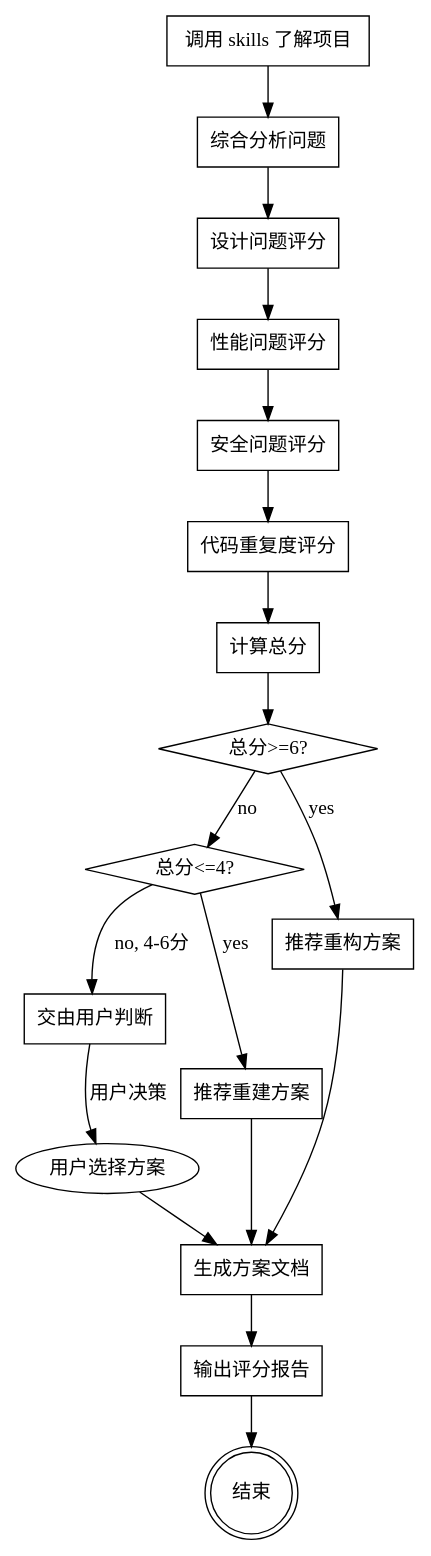
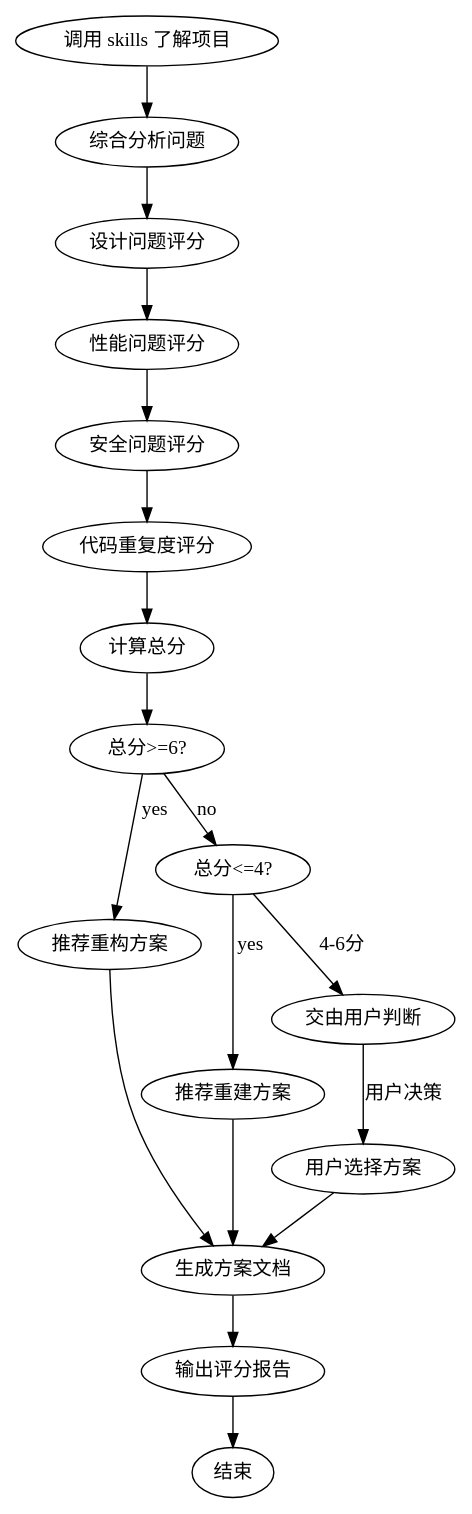
One commit to hellyguo/self-ai-spec changed the diagram in skills/code-detect-problem/SKILL.md. Above: the diagram before and after it, drawn with Graphviz. The commit also changed other lines of this file and 84 other files, not shown here.

````diff
--- a/skills/code-detect-problem/SKILL.md
+++ b/skills/code-detect-problem/SKILL.md
@@ -18,37 +14,21 @@
 ```dot
 digraph detect_problem {
-    "调用 skills 了解项目" [shape=box];
-    "综合分析问题" [shape=box];
-    "设计问题评分" [shape=box];
-    "性能问题评分" [shape=box];
-    "安全问题评分" [shape=box];
-    "代码重复度评分" [shape=box];
-    "计算总分" [shape=box];
-    "总分>=6?" [shape=diamond];
-    "总分<=4?" [shape=diamond];
-    "推荐重构方案" [shape=box];
-    "交由用户判断" [shape=box];
-    "推荐重建方案" [shape=box];
-    "生成方案文档" [shape=box];
-    "输出评分报告" [shape=box];
-    "结束" [shape=doublecircle];
-
     "调用 skills 了解项目" -> "综合分析问题";
     "综合分析问题" -> "设计问题评分";
     "设计问题评分" -> "性能问题评分";
     "性能问题评分" -> "安全问题评分";
     "安全问题评分" -> "代码重复度评分";
     "代码重复度评分" -> "计算总分";
-    "计算总分" -> "总分>=6?";
+    "计算总分" -> "总分>=6?" ;
     "总分>=6?" -> "推荐重构方案" [label="yes"];
     "总分>=6?" -> "总分<=4?" [label="no"];
     "总分<=4?" -> "推荐重建方案" [label="yes"];
-    "总分<=4?" -> "交由用户判断" [label="no, 4-6分"];
+    "总分<=4?" -> "交由用户判断" [label="4-6分"];
     "推荐重构方案" -> "生成方案文档";
     "推荐重建方案" -> "生成方案文档";
     "交由用户判断" -> "用户选择方案" [label="用户决策"];
     "用户选择方案" -> "生成方案文档";
     "生成方案文档" -> "输出评分报告";
-    "输出评分报告" -> "结束";
+    "输出评分报告" -> "结束" [shape=doublecircle];
 }
 ```
````
